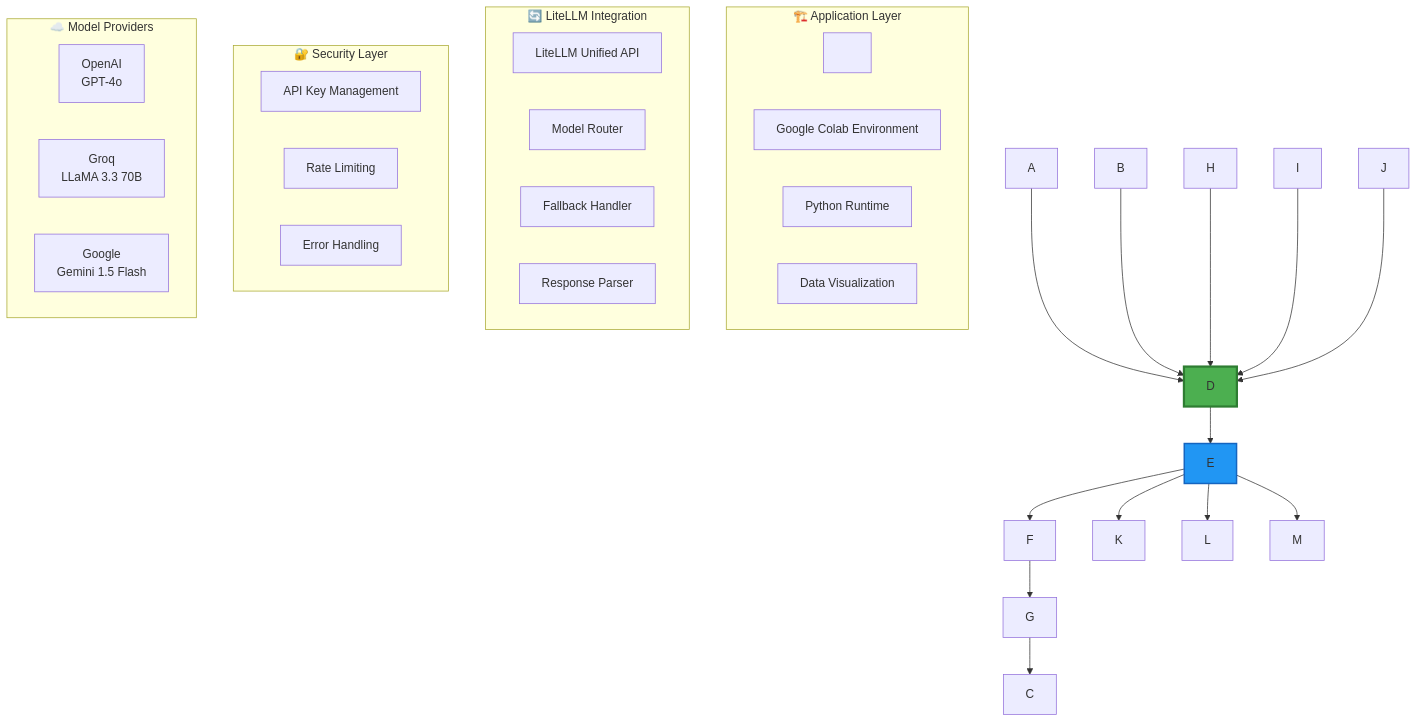
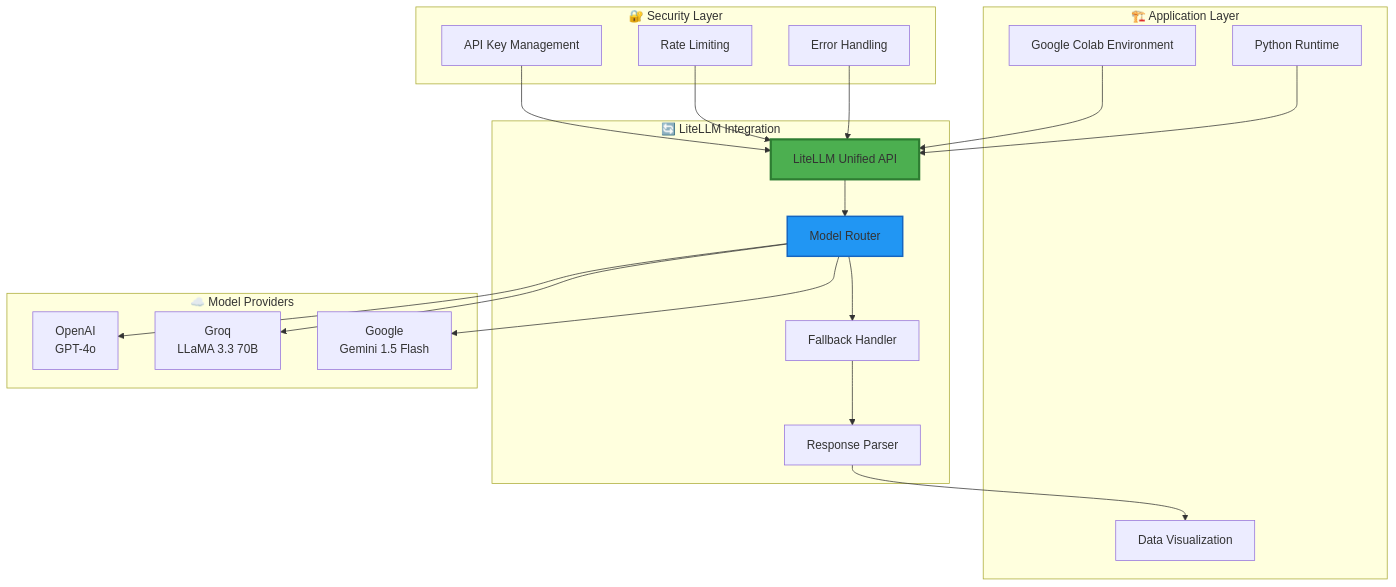
One commit to dhruvsh1997/LiteLLM-Experiments changed the fourth of 8 diagrams in README.MD. Above: the diagram before and after it, drawn with Mermaid. The commit also changed other lines of this file, not shown here.

````diff
--- a/README.MD
+++ b/README.MD
@@ -409,91 +210,46 @@
 ```mermaid
-
 graph TB
-
-&nbsp;   subgraph "🏗️ Application Layer"
-
-&nbsp;       A\[Google Colab Environment]
-
-&nbsp;       B\[Python Runtime]
-
-&nbsp;       C\[Data Visualization]
-
-&nbsp;   end
-
-&nbsp;   
-
-&nbsp;   subgraph "🔄 LiteLLM Integration"
-
-&nbsp;       D\[LiteLLM Unified API]
-
-&nbsp;       E\[Model Router]
-
-&nbsp;       F\[Fallback Handler]
-
-&nbsp;       G\[Response Parser]
-
-&nbsp;   end
-
-&nbsp;   
-
-&nbsp;   subgraph "🔐 Security Layer"
-
-&nbsp;       H\[API Key Management]
-
-&nbsp;       I\[Rate Limiting]
-
-&nbsp;       J\[Error Handling]
-
-&nbsp;   end
-
-&nbsp;   
-
-&nbsp;   subgraph "☁️ Model Providers"
-
-&nbsp;       K\[OpenAI<br/>GPT-4o]
-
-&nbsp;       L\[Groq<br/>LLaMA 3.3 70B]
-
-&nbsp;       M\[Google<br/>Gemini 1.5 Flash]
-
-&nbsp;   end
-
-&nbsp;   
-
-&nbsp;   A --> D
-
-&nbsp;   B --> D
-
-&nbsp;   D --> E
-
-&nbsp;   E --> F
-
-&nbsp;   F --> G
-
-&nbsp;   
-
-&nbsp;   H --> D
-
-&nbsp;   I --> D
-
-&nbsp;   J --> D
-
-&nbsp;   
-
-&nbsp;   E --> K
-
-&nbsp;   E --> L
-
-&nbsp;   E --> M
-
-&nbsp;   
-
-&nbsp;   G --> C
-
-&nbsp;   
-
-&nbsp;   style D fill:#4CAF50,stroke:#2E7D32,stroke-width:3px
-
-&nbsp;   style E fill:#2196F3,stroke:#1565C0,stroke-width:2px
-
+    subgraph "🏗️ Application Layer"
+        A[Google Colab Environment]
+        B[Python Runtime]
+        C[Data Visualization]
+    end
+    
+    subgraph "🔄 LiteLLM Integration"
+        D[LiteLLM Unified API]
+        E[Model Router]
+        F[Fallback Handler]
+        G[Response Parser]
+    end
+    
+    subgraph "🔐 Security Layer"
+        H[API Key Management]
+        I[Rate Limiting]
+        J[Error Handling]
+    end
+    
+    subgraph "☁️ Model Providers"
+        K[OpenAI<br/>GPT-4o]
+        L[Groq<br/>LLaMA 3.3 70B]
+        M[Google<br/>Gemini 1.5 Flash]
+    end
+    
+    A --> D
+    B --> D
+    D --> E
+    E --> F
+    F --> G
+    
+    H --> D
+    I --> D
+    J --> D
+    
+    E --> K
+    E --> L
+    E --> M
+    
+    G --> C
+    
+    style D fill:#4CAF50,stroke:#2E7D32,stroke-width:3px
+    style E fill:#2196F3,stroke:#1565C0,stroke-width:2px
 ```
````
